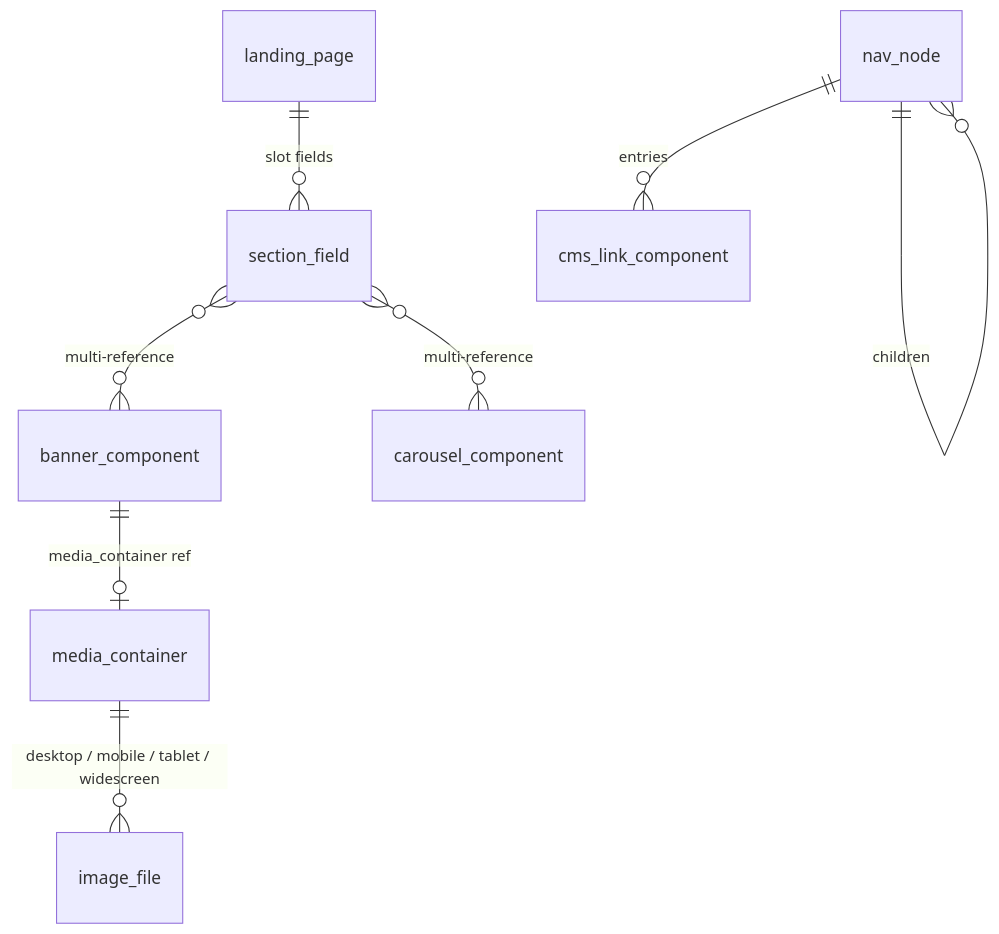
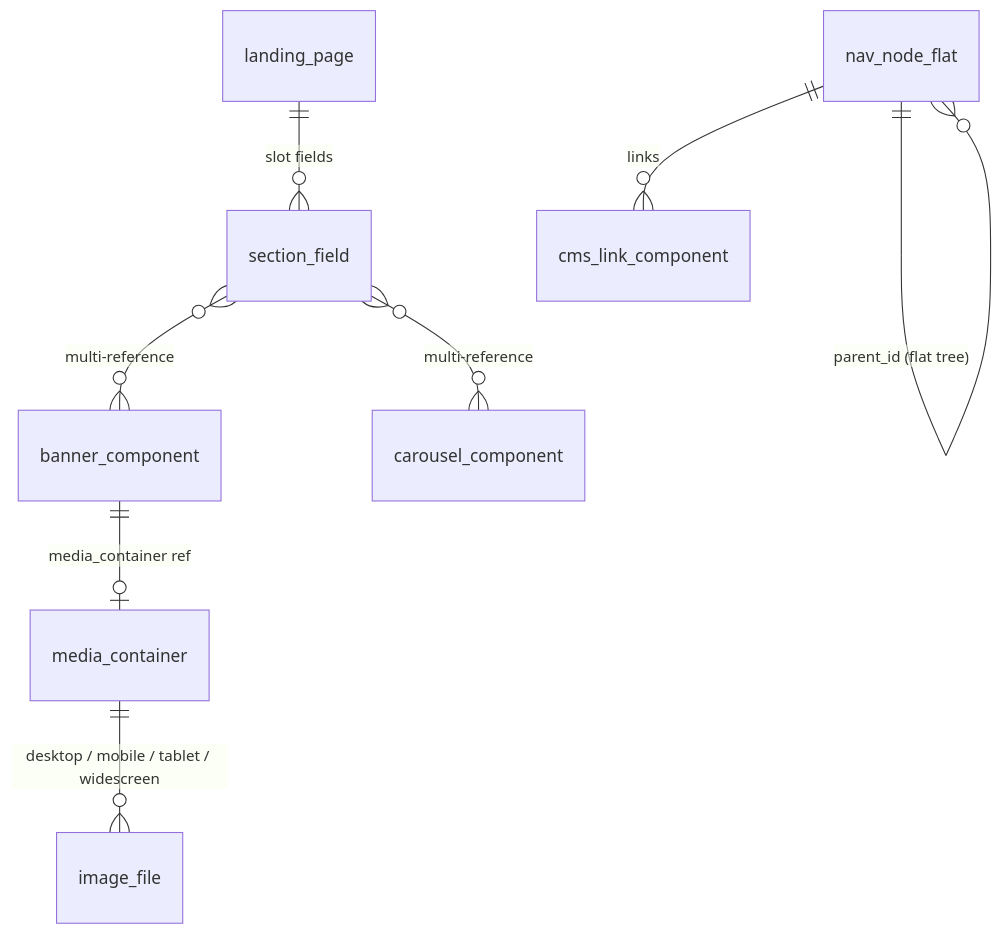
One commit to contentstack/contentstack-spartacus-connector changed the first of 3 diagrams in docs/content-model.md. Above: the diagram before and after it, drawn with Mermaid. The commit also changed other lines of this file and 7 other files, not shown here.

````diff
--- a/docs/content-model.md
+++ b/docs/content-model.md
@@ -56,10 +56,10 @@
 ```mermaid
 erDiagram
   landing_page ||--o{ section_field : "slot fields"
   section_field }o--o{ banner_component : "multi-reference"
   section_field }o--o{ carousel_component : "multi-reference"
   banner_component ||--o| media_container : "media_container ref"
   media_container ||--o{ image_file : "desktop / mobile / tablet / widescreen"
-  nav_node ||--o{ nav_node : "children"
-  nav_node ||--o{ cms_link_component : "entries"
+  nav_node_flat ||--o{ nav_node_flat : "parent_id (flat tree)"
+  nav_node_flat ||--o{ cms_link_component : "links"
 ```
````
